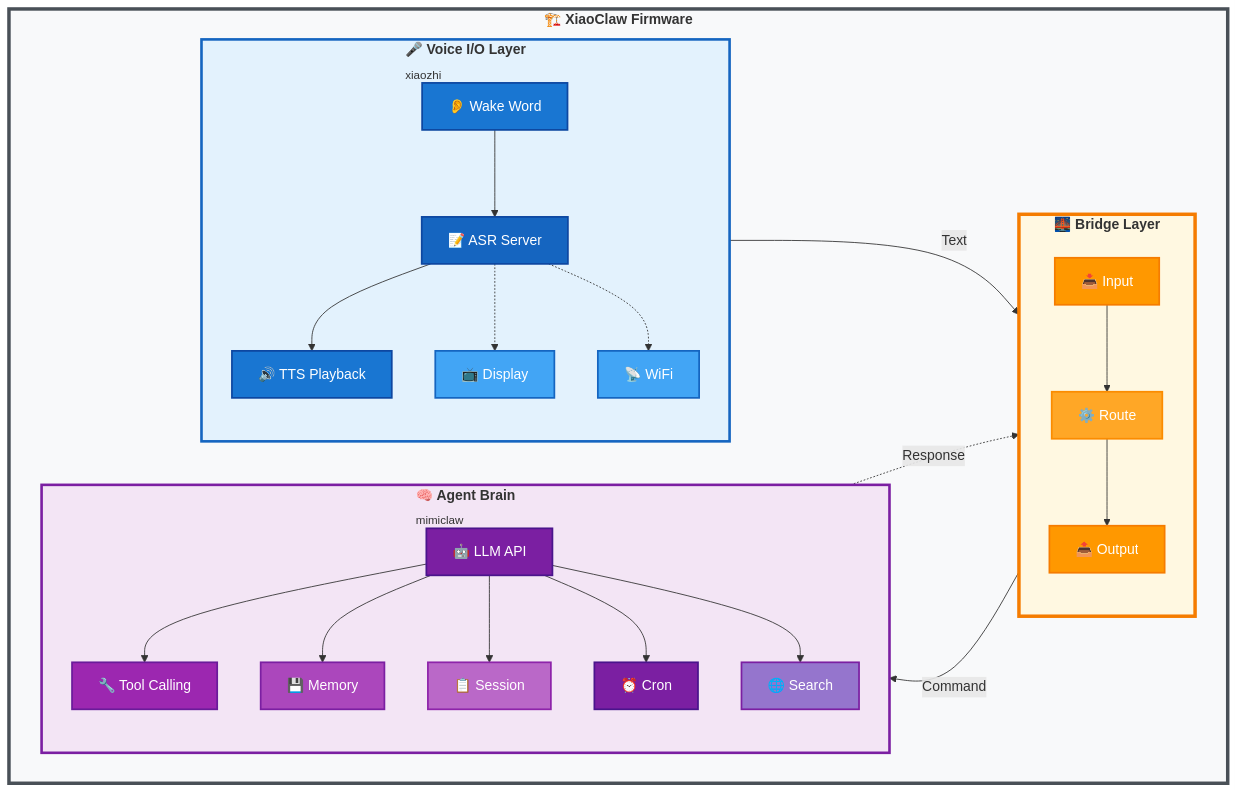
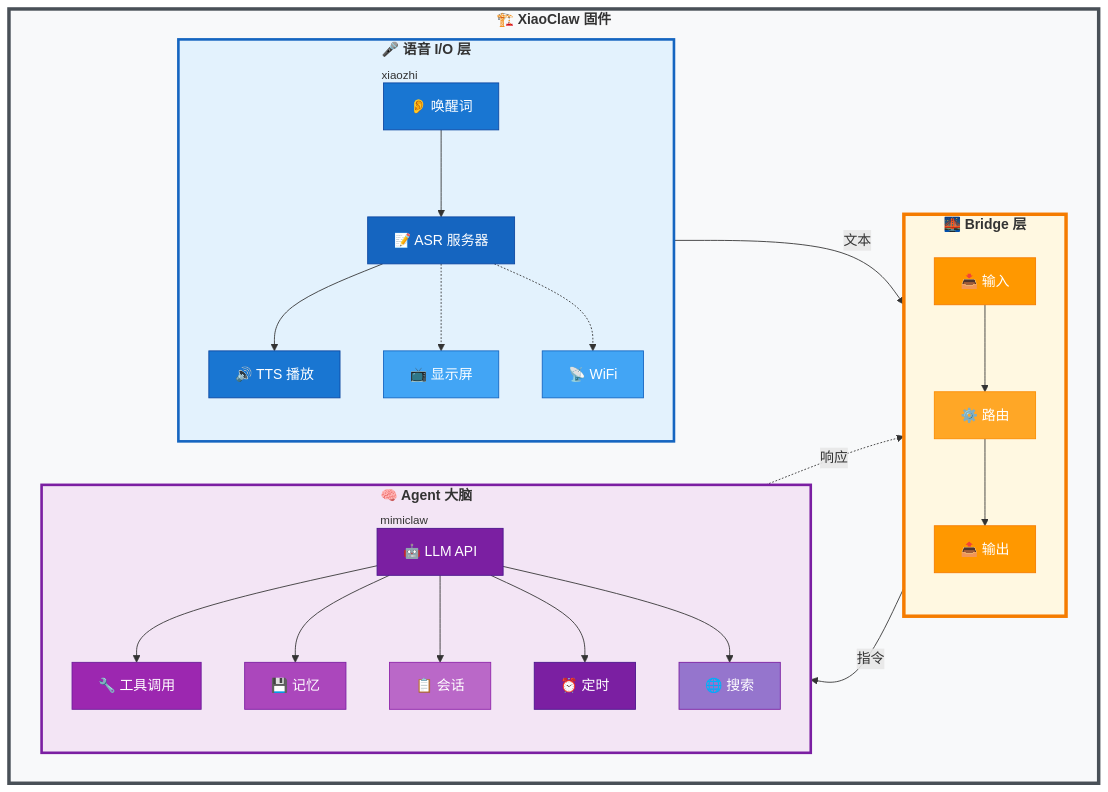
Before and after one commit to beancookie/xiaoclaw: the first of 2 diagrams in README_zh.md, drawn with Mermaid.

Commit message:
docs: localize first mermaid diagram to Chinese in README_zh

````diff
--- a/README_zh.md
+++ b/README_zh.md
@@ -28,62 +28,55 @@
 ```mermaid
 graph TB
-
-
-
-    subgraph Firmware["<b>🏗️ XiaoClaw Firmware</b>"]
-
-        subgraph VoiceIO["<b>🎤 Voice I/O Layer</b><br/><sub>xiaozhi</sub>"]
-            direction TB
-            A["👂 Wake Word"]
-            B["📝 ASR Server"]
-            C["🔊 TTS Playback"]
-            D["📺 Display"]
+    subgraph Firmware["<b>🏗️ XiaoClaw 固件</b>"]
+        subgraph VoiceIO["<b>🎤 语音 I/O 层</b><br/><sub>xiaozhi</sub>"]
+            A["👂 唤醒词"]
+            B["📝 ASR 服务器"]
+            C["🔊 TTS 播放"]
+            D["📺 显示屏"]
             E["📡 WiFi"]
             A --> B --> C
             B -.-> D
             B -.-> E
         end
 
-        subgraph Bridge["<b>🌉 Bridge Layer</b>"]
-            direction TB
-            BR["📥 Input"] --> BC["⚙️ Route"] --> BG["📤 Output"]
+        subgraph Bridge["<b>🌉 Bridge 层</b>"]
+            BR["📥 输入"] --> BC["⚙️ 路由"] --> BG["📤 输出"]
         end
 
-        subgraph Agent["<b>🧠 Agent Brain</b><br/><sub>mimiclaw</sub>"]
-            direction TB
+        subgraph Agent["<b>🧠 Agent 大脑</b><br/><sub>mimiclaw</sub>"]
             F["🤖 LLM API"]
-            G["🔧 Tool Calling"]
-            H["💾 Memory"]
-            I["📋 Session"]
-            J["⏰ Cron"]
-            K["🌐 Search"]
+            G["🔧 工具调用"]
+            H["💾 记忆"]
+            I["📋 会话"]
+            J["⏰ 定时"]
+            K["🌐 搜索"]
             F --> G
             F --> H
             F --> I
             F --> J
             F --> K
         end
     end
 
-    VoiceIO -->|"Text"| Bridge -->|"Command"| Agent
-    Agent -.->|"Response"| Bridge
+    VoiceIO -->|"文本"| Bridge -->|"指令"| Agent
+    Agent -.->|"响应"| Bridge
 
     style Firmware fill:#f8f9fa,stroke:#495057,stroke-width:4px,radius:20px
     style VoiceIO fill:#e3f2fd,stroke:#1565c0,stroke-width:3px,radius:15px
     style Bridge fill:#fff8e1,stroke:#f57c00,stroke-width:4px,radius:15px
     style Agent fill:#f3e5f5,stroke:#7b1fa2,stroke-width:3px,radius:15px
-    style A fill:#1976d2,stroke:#0d47a1,stroke-width:2px,color:#fff
-    style B fill:#1565c0,stroke:#0d47a1,stroke-width:2px,color:#fff
-    style C fill:#1976d2,stroke:#0d47a1,stroke-width:2px,color:#fff
-    style D fill:#42a5f5,stroke:#1565c0,stroke-width:2px,color:#fff
-    style E fill:#42a5f5,stroke:#1565c0,stroke-width:2px,color:#fff
-    style F fill:#7b1fa2,stroke:#4a148c,stroke-width:2px,color:#fff
-    style G fill:#9c27b0,stroke:#6a1b9a,stroke-width:2px,color:#fff
-    style H fill:#ab47bc,stroke:#7b1fa2,stroke-width:2px,color:#fff
-    style I fill:#ba68c8,stroke:#8e24aa,stroke-width:2px,color:#fff
-    style J fill:#7b1fa2,stroke:#4a148c,stroke-width:2px,color:#fff
-    style K fill:#9575cd,stroke:#7b1fa2,stroke-width:2px,color:#fff
-    style BR fill:#ff9800,stroke:#f57c00,stroke-width:2px,color:#fff
-    style BC fill:#ffa726,stroke:#fb8c00,stroke-width:2px,color:#fff
-    style BG fill:#ff9800,stroke:#f57c00,stroke-width:2px,color:#fff
+    style A fill:#1976d2,stroke:#0d47a1,color:#fff
+    style B fill:#1565c0,stroke:#0d47a1,color:#fff
+    style C fill:#1976d2,stroke:#0d47a1,color:#fff
+    style D fill:#42a5f5,stroke:#1565c0,color:#fff
+    style E fill:#42a5f5,stroke:#1565c0,color:#fff
+    style F fill:#7b1fa2,stroke:#4a148c,color:#fff
+    style G fill:#9c27b0,stroke:#6a1b9a,color:#fff
+    style H fill:#ab47bc,stroke:#7b1fa2,color:#fff
+    style I fill:#ba68c8,stroke:#8e24aa,color:#fff
+    style J fill:#7b1fa2,stroke:#4a148c,color:#fff
+    style K fill:#9575cd,stroke:#7b1fa2,color:#fff
+    style BR fill:#ff9800,stroke:#f57c00,color:#fff
+    style BC fill:#ffa726,stroke:#fb8c00,color:#fff
+    style BG fill:#ff9800,stroke:#f57c00,color:#fff
 ```
````
